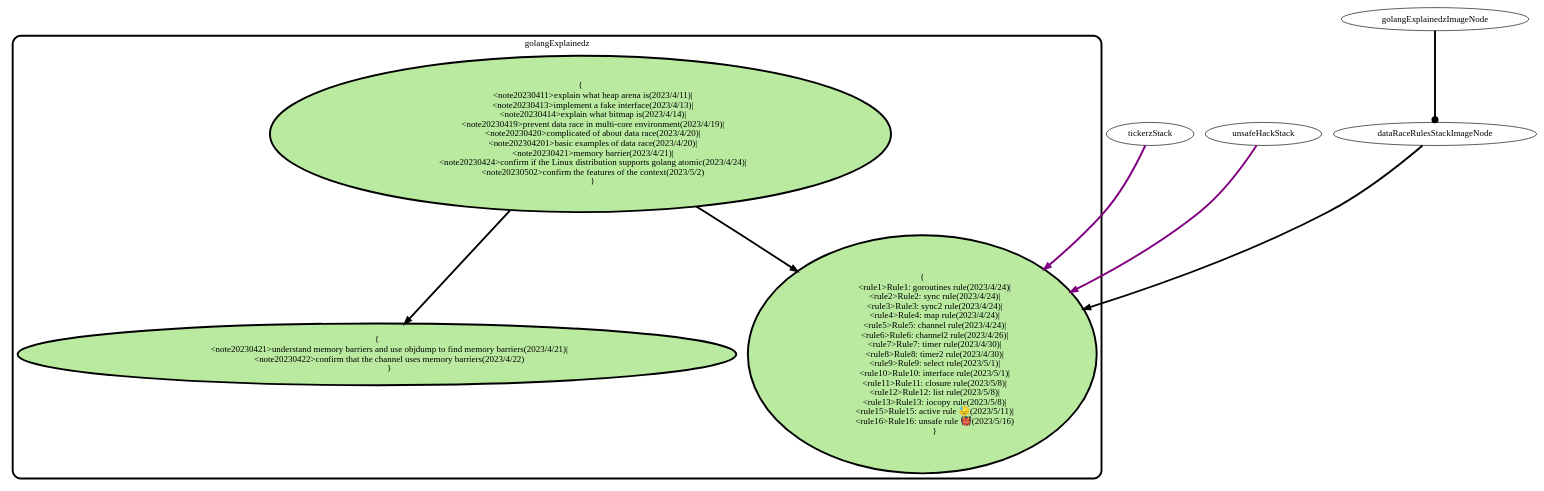
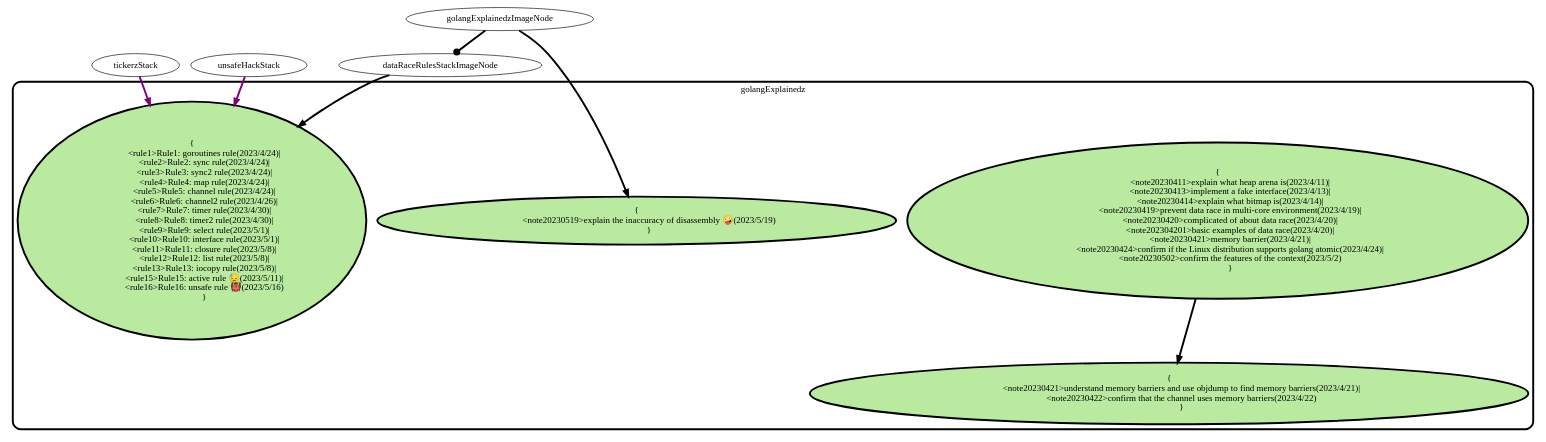
Before and after one commit to panhongrainbow/panhongrainbow.github.io: the diagram in roadmap/subRoadmaps/07golangNode.dot, drawn with Graphviz. The commit also changed 2 other files, not shown here.

Commit message:
[roadmap] records work on May 19, 2023 🤪.
It includes:
explain the inaccuracy of disassembly 🤪

```diff
--- a/roadmap/subRoadmaps/07golangNode.dot
+++ b/roadmap/subRoadmaps/07golangNode.dot
@@ -1,50 +1,53 @@
 digraph SubRoadmap {
     // (7) golang node
     subgraph cluster_golang_explain {
         style=rounded;
         penwidth=3;
         label="golangExplainedz";
         node [style=filled, penwidth=3, fillcolor="#B9EAA0"];
         golangExplainStack [label="{
             <note20230411>explain what heap arena is(2023/4/11)|
             <note20230413>implement a fake interface(2023/4/13)|
             <note20230414>explain what bitmap is(2023/4/14)|
             <note20230419>prevent data race in multi-core environment(2023/4/19)|
             <note20230420>complicated of about data race(2023/4/20)|
             <note202304201>basic examples of data race(2023/4/20)|
             <note20230421>memory barrier(2023/4/21)|
             <note20230424>confirm if the Linux distribution supports golang atomic(2023/4/24)|
             <note20230502>confirm the features of the context(2023/5/2)
             }", height=1];
         memoryBarrieStack [label="{
             <note20230421>understand memory barriers and use objdump to find memory barriers(2023/4/21)|
             <note20230422>confirm that the channel uses memory barriers(2023/4/22)
             }", height=1];
         dataRaceRulesStack [label="{
             <rule1>Rule1: goroutines rule(2023/4/24)|
             <rule2>Rule2: sync rule(2023/4/24)|
             <rule3>Rule3: sync2 rule(2023/4/24)|
             <rule4>Rule4: map rule(2023/4/24)|
             <rule5>Rule5: channel rule(2023/4/24)|
             <rule6>Rule6: channel2 rule(2023/4/26)|
             <rule7>Rule7: timer rule(2023/4/30)|
             <rule8>Rule8: timer2 rule(2023/4/30)|
             <rule9>Rule9: select rule(2023/5/1)|
             <rule10>Rule10: interface rule(2023/5/1)|
             <rule11>Rule11: closure rule(2023/5/8)|
             <rule12>Rule12: list rule(2023/5/8)|
             <rule13>Rule13: iocopy rule(2023/5/8)|
             <rule15>Rule15: active rule 😓(2023/5/11)|
             <rule16>Rule16: unsafe rule 👹(2023/5/16)
             }", height=1];
+        assemblyStack [label="{
+            <note20230519>explain the inaccuracy of disassembly 🤪(2023/5/19)
+            }", height=1];
     }
     // feedback
     tickerzStack:note20230511 -> dataRaceRulesStack:rule15 [penwidth=3,color=purple];
     unsafeHackStack:note20230516 -> dataRaceRulesStack:rule16 [penwidth=3,color=purple];
 
     // inner node
     golangExplainedzImageNode -> dataRaceRulesStackImageNode  [penwidth=3,arrowhead=dot];
+    golangExplainedzImageNode -> assemblyStack [penwidth=3];
     dataRaceRulesStackImageNode -> dataRaceRulesStack [penwidth=3];
-    golangExplainStack:note20230420 -> dataRaceRulesStack [penwidth=3];
     golangExplainStack:note20230421 -> memoryBarrieStack [penwidth=3];
 /*end*/}
```
